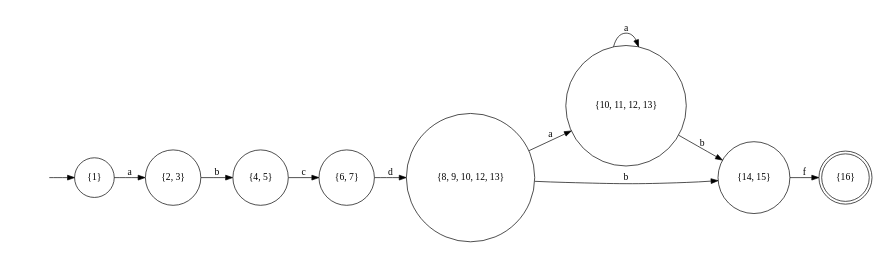
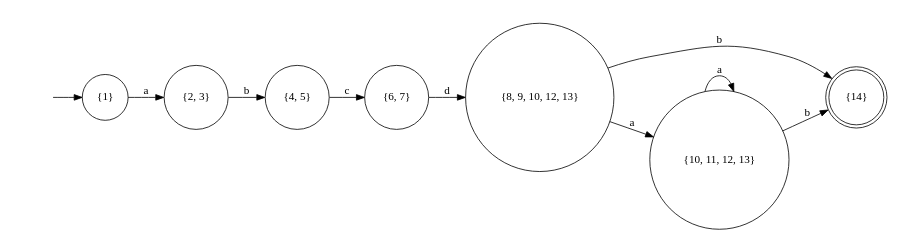
Before and after one commit to liangzihong/RegExpEngine: the diagram in dfa.gv, drawn with Graphviz. The commit also changed 8 other files, not shown here.

Commit message:
修复了 最小化后画图 序号>点数的问题 的bug。

```diff
--- a/dfa.gv
+++ b/dfa.gv
@@ -1,18 +1,17 @@
 digraph dfa {
 	rankdir=LR size=4.5
 	node [shape=doublecircle]
-	"{16}"
+	"{14}"
 	node [shape=circle]
 	"{1}" -> "{2, 3}" [label=a]
 	"{2, 3}" -> "{4, 5}" [label=b]
 	"{4, 5}" -> "{6, 7}" [label=c]
 	"{6, 7}" -> "{8, 9, 10, 12, 13}" [label=d]
+	"{8, 9, 10, 12, 13}" -> "{14}" [label=b]
 	"{8, 9, 10, 12, 13}" -> "{10, 11, 12, 13}" [label=a]
-	"{8, 9, 10, 12, 13}" -> "{14, 15}" [label=b]
+	"{10, 11, 12, 13}" -> "{14}" [label=b]
 	"{10, 11, 12, 13}" -> "{10, 11, 12, 13}" [label=a]
-	"{10, 11, 12, 13}" -> "{14, 15}" [label=b]
-	"{14, 15}" -> "{16}" [label=f]
 	node [style=invis]
 	0
 	0 -> "{1}"
 }
```
